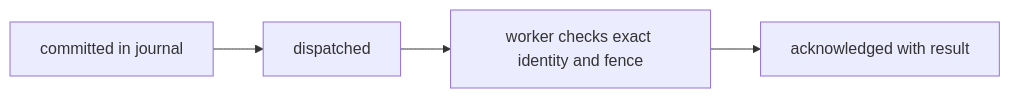
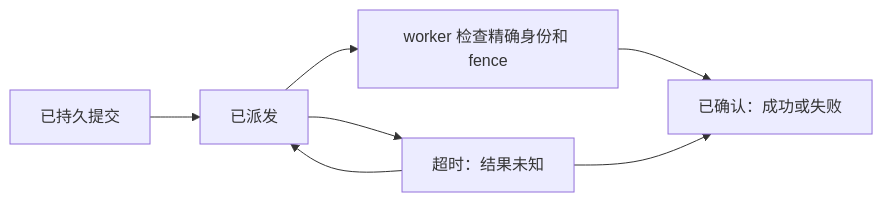
One commit to VeriInfra-Lab/sandproof changed the second of 2 diagrams in docs/state-machine.md. Above: the diagram before and after it, drawn with Mermaid. The commit also changed other lines of this file and 260 other files, not shown here.

````diff
--- a/docs/state-machine.md
+++ b/docs/state-machine.md
@@ -106,6 +117,9 @@
 ```mermaid
 flowchart LR
-    C[committed in journal] --> D[dispatched]
-    D --> W[worker checks exact identity and fence]
-    W --> A[acknowledged with result]
+    C[已持久提交] --> D[已派发]
+    D --> W[worker 检查精确身份和 fence]
+    D --> U[超时：结果未知]
+    U --> D
+    W --> A[已确认：成功或失败]
+    U --> A
 ```
````
